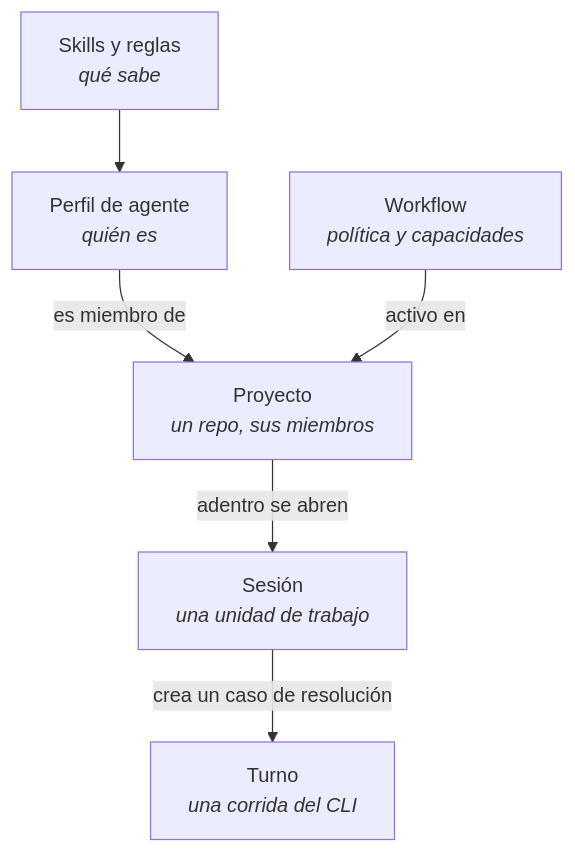
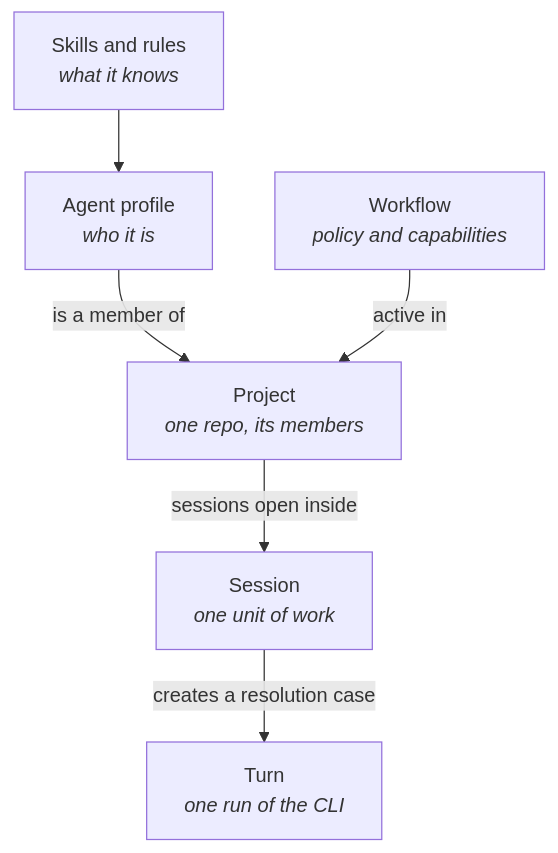
The first of 5 diagrams in README.md (JhonaCodes/keel-ui), drawn with Mermaid before and after one commit. The commit also changed other lines of this file and 178 other files, not shown here.

````diff
--- a/README.md
+++ b/README.md
@@ -51,15 +63,15 @@
 ```mermaid
 flowchart TD
-    P["Perfil de agente<br><i>quién es</i>"]
-    S["Skills y reglas<br><i>qué sabe</i>"]
-    W["Workflow<br><i>política y capacidades</i>"]
-    PR["Proyecto<br><i>un repo, sus miembros</i>"]
-    SE["Sesión<br><i>una unidad de trabajo</i>"]
-    T["Turno<br><i>una corrida del CLI</i>"]
+    P["Agent profile<br><i>who it is</i>"]
+    S["Skills and rules<br><i>what it knows</i>"]
+    W["Workflow<br><i>policy and capabilities</i>"]
+    PR["Project<br><i>one repo, its members</i>"]
+    SE["Session<br><i>one unit of work</i>"]
+    T["Turn<br><i>one run of the CLI</i>"]
 
     S --> P
-    P -->|es miembro de| PR
-    W -->|activo en| PR
-    PR -->|adentro se abren| SE
-    SE -->|crea un caso de resolución| T
+    P -->|is a member of| PR
+    W -->|active in| PR
+    PR -->|sessions open inside| SE
+    SE -->|creates a resolution case| T
 ```
````
